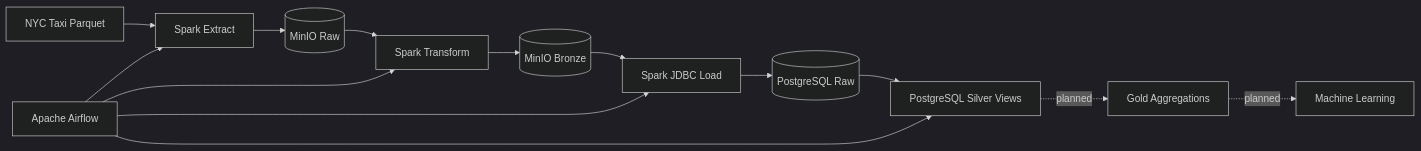
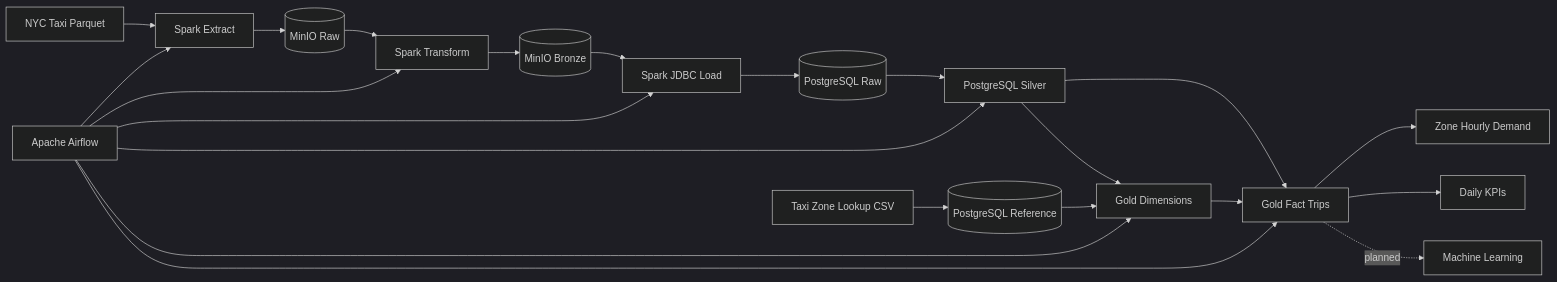
Before and after one commit to Turbo-Blender/nyc-taxi-lakehouse: the third of 3 diagrams in README.md, drawn with Mermaid (dark theme). The commit also changed other lines of this file and 3 other files, not shown here.

````diff
--- a/README.md
+++ b/README.md
@@ -414,16 +509,24 @@
 ```mermaid
 flowchart LR
     Source[NYC Taxi Parquet] --> SparkExtract[Spark Extract]
     SparkExtract --> RawLake[(MinIO Raw)]
     RawLake --> SparkTransform[Spark Transform]
     SparkTransform --> BronzeLake[(MinIO Bronze)]
     BronzeLake --> SparkLoad[Spark JDBC Load]
     SparkLoad --> RawDB[(PostgreSQL Raw)]
-    RawDB --> Silver[PostgreSQL Silver Views]
-    Silver -. planned .-> Gold[Gold Aggregations]
-    Gold -. planned .-> ML[Machine Learning]
+    RawDB --> Silver[PostgreSQL Silver]
+    Zones[Taxi Zone Lookup CSV] --> Reference[(PostgreSQL Reference)]
+    Silver --> Dimensions[Gold Dimensions]
+    Reference --> Dimensions
+    Silver --> Fact[Gold Fact Trips]
+    Dimensions --> Fact
+    Fact --> Hourly[Zone Hourly Demand]
+    Fact --> Daily[Daily KPIs]
+    Fact -. planned .-> ML[Machine Learning]
     Airflow[Apache Airflow] --> SparkExtract
     Airflow --> SparkTransform
     Airflow --> SparkLoad
     Airflow --> Silver
+    Airflow --> Dimensions
+    Airflow --> Fact
 ```
````
